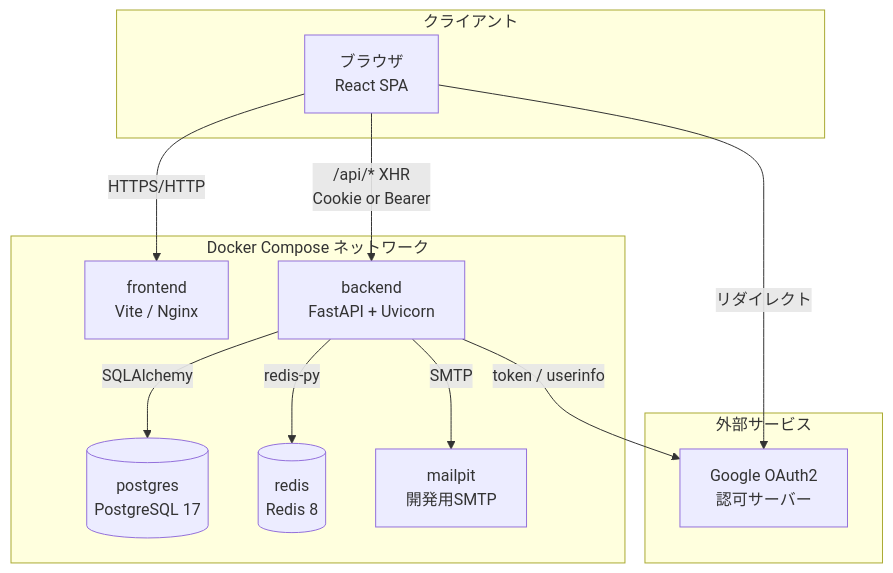
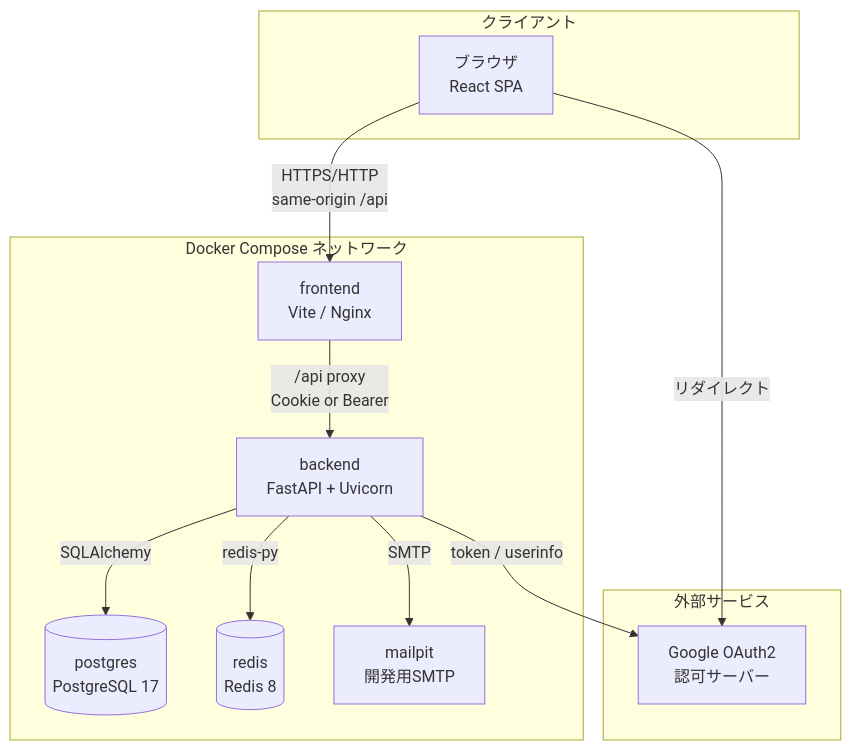
The first of 7 diagrams in basic_design/00_overview.md (oikawa-d/task_management), drawn with Mermaid before and after one commit. The commit also changed other lines of this file and 15 other files, not shown here.

````diff
--- a/basic_design/00_overview.md
+++ b/basic_design/00_overview.md
@@ -46,26 +22,26 @@
 ```mermaid
 flowchart TB
     subgraph client["クライアント"]
         BROWSER["ブラウザ<br/>React SPA"]
     end
 
     subgraph compose["Docker Compose ネットワーク"]
         FE["frontend<br/>Vite / Nginx"]
         API["backend<br/>FastAPI + Uvicorn"]
         PG[("postgres<br/>PostgreSQL 17")]
         RD[("redis<br/>Redis 8")]
         MAIL["mailpit<br/>開発用SMTP"]
     end
 
     subgraph external["外部サービス"]
         GOOGLE["Google OAuth2<br/>認可サーバー"]
     end
 
-    BROWSER -->|"HTTPS/HTTP"| FE
-    BROWSER -->|"/api/* XHR<br/>Cookie or Bearer"| API
+    BROWSER -->|"HTTPS/HTTP<br/>same-origin /api"| FE
+    FE -->|"/api proxy<br/>Cookie or Bearer"| API
     API -->|"SQLAlchemy"| PG
     API -->|"redis-py"| RD
     API -->|"SMTP"| MAIL
     API -->|"token / userinfo"| GOOGLE
     BROWSER -->|"リダイレクト"| GOOGLE
 ```
````
